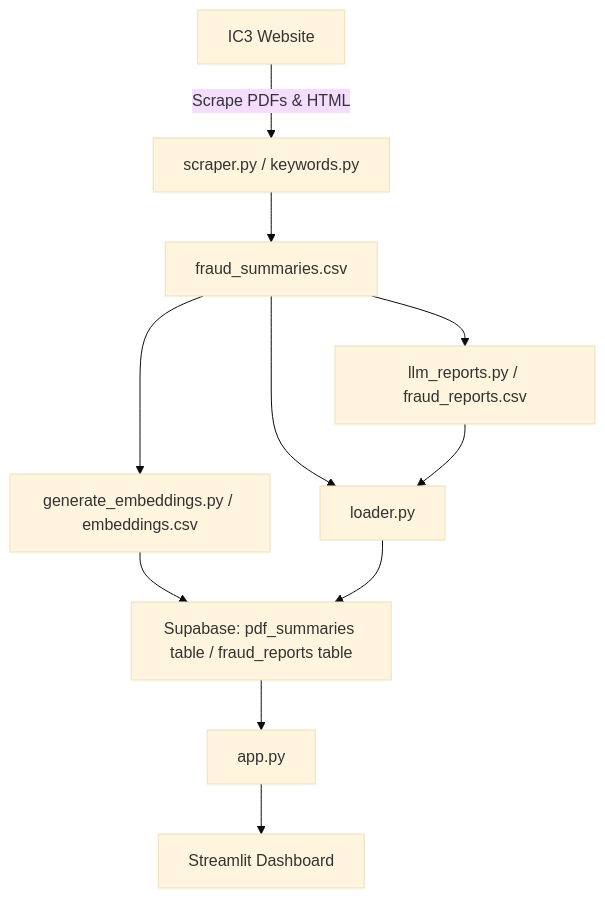
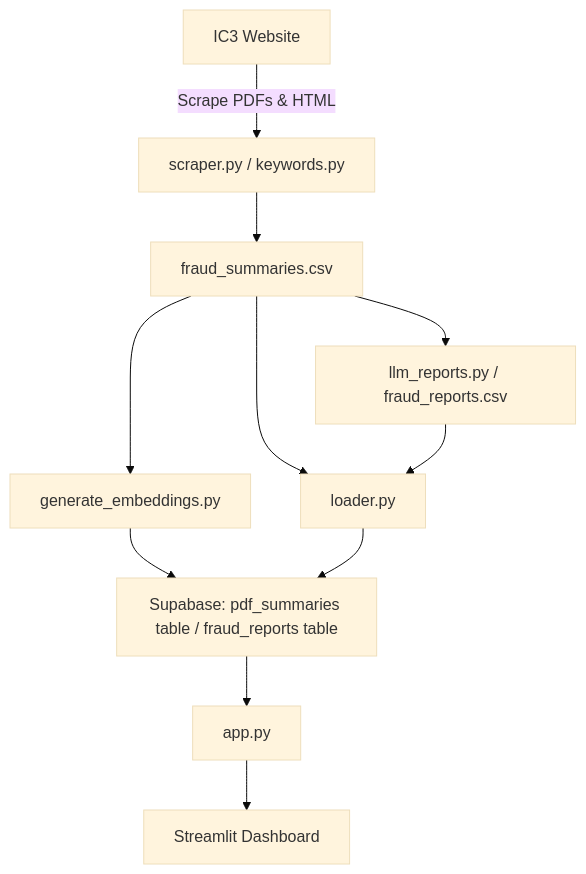
Before and after one commit to JaysonAllman/DTSC-Fraud-Project: the diagram in README.md, drawn with Mermaid (base theme).

````diff
--- a/README.md
+++ b/README.md
@@ -69,17 +69,17 @@
 ```mermaid
 graph TD
     A[IC3 Website] -->|Scrape PDFs & HTML| B[scraper.py / keywords.py]
     B --> C[fraud_summaries.csv]
 
     C --> D[llm_reports.py / fraud_reports.csv]
-    C --> I[generate_embeddings.py / embeddings.csv]
+    C --> I[generate_embeddings.py]
     C --> E[loader.py]
 
     D --> E[loader.py]
     I --> F[loader.py]
 
     E --> F[Supabase: pdf_summaries table / fraud_reports table]
     F --> G[app.py]
     G --> H[Streamlit Dashboard]
 
 ```
````
